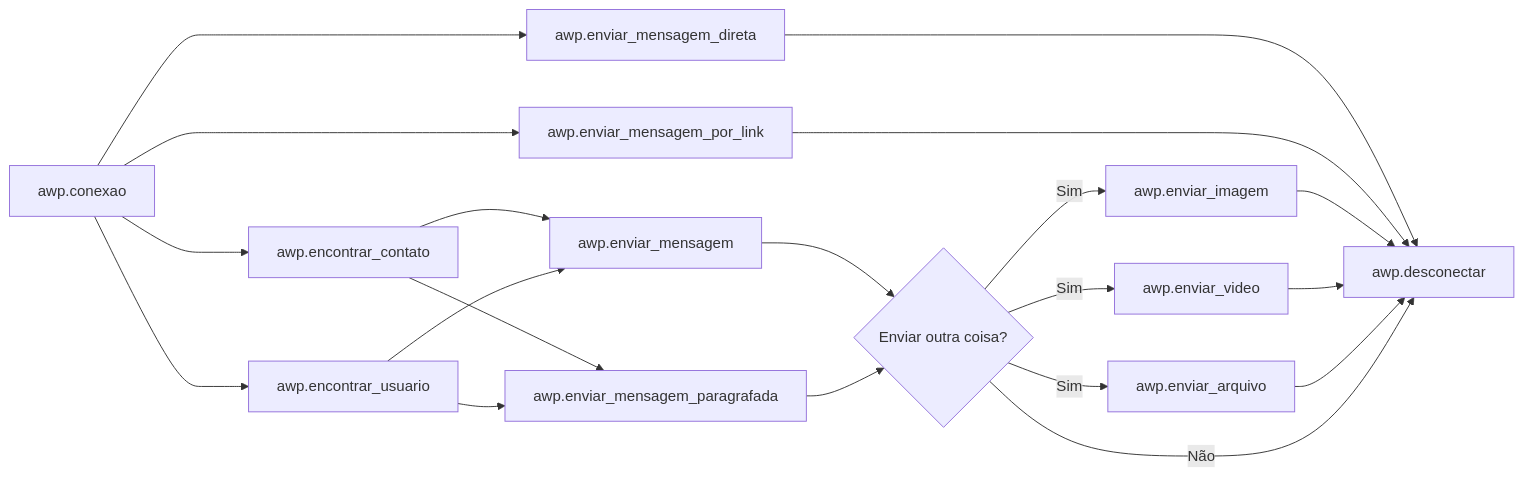
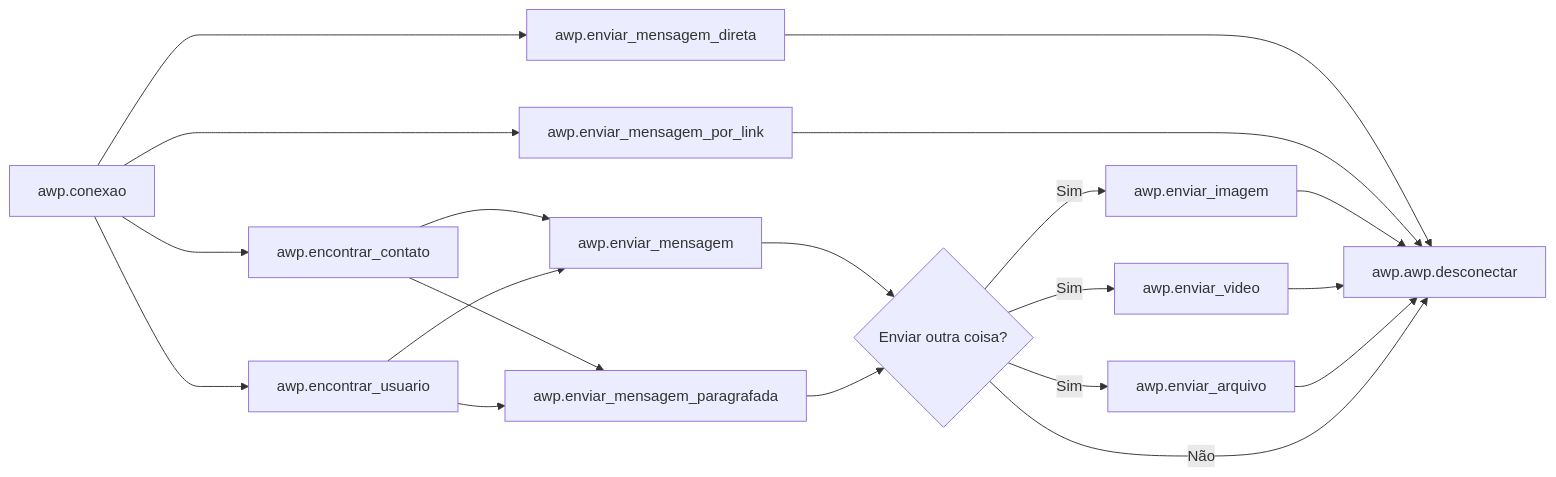
The second of 2 diagrams in utilidades/mermaidnew.md (DevLucasLourenco/AllWhatsPy), drawn with Mermaid before and after one commit. The commit also changed other lines of this file, not shown here.

````diff
--- a/utilidades/mermaidnew.md
+++ b/utilidades/mermaidnew.md
@@ -38,32 +39,32 @@
 ```mermaid
 flowchart LR;
     awp.conexao-->awpe[awp.encontrar_contato];
     awp.conexao-->awpu[awp.encontrar_usuario];
     awp.conexao---->awp.enviar_mensagem_por_link;
     awp.conexao---->awp.enviar_mensagem_direta;
         
     
     awpe-->awp.enviar_mensagem;
     awpe-->awp.enviar_mensagem_paragrafada;
     
     awpu-->awp.enviar_mensagem;
     awpu-->awp.enviar_mensagem_paragrafada;
     
     awp.enviar_mensagem-->E{Enviar outra coisa?};
     awp.enviar_mensagem_paragrafada-->E;
-    awp.enviar_mensagem_direta---->d[awp.desconectar];
+    awp.enviar_mensagem_direta---->d[awp.awp.desconectar];
     awp.enviar_mensagem_por_link---->d;
     
     
     
     E -- Sim --> awp.enviar_imagem;
     E -- Sim --> awp.enviar_video;
     E -- Sim --> awp.enviar_arquivo;
     
     
     awp.enviar_imagem --> d;
     awp.enviar_video --> d;
     awp.enviar_arquivo --> d;
     E -- Não --> d;
        
 ```
````
